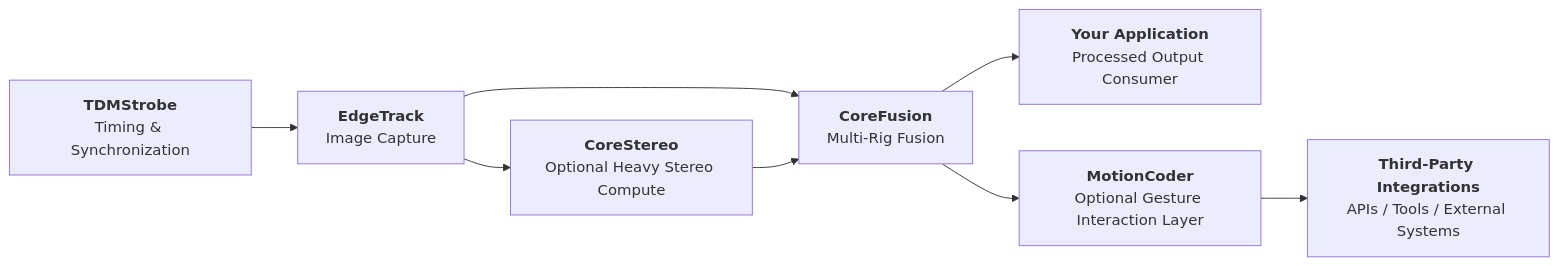
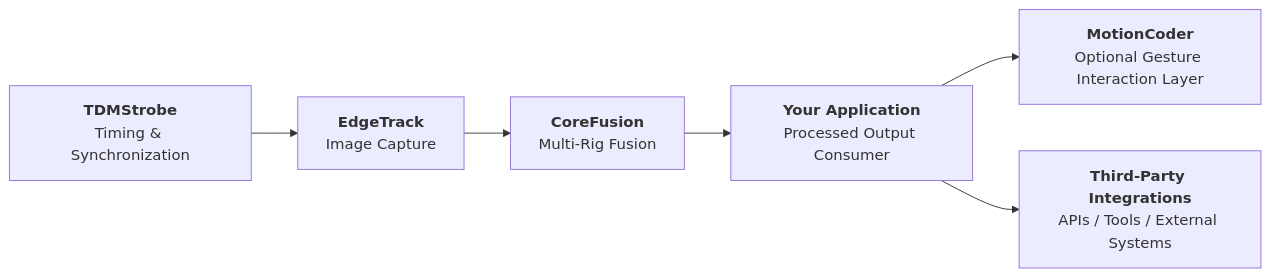
One commit to edgetrackorg/overview changed the first of 4 diagrams in README.md. Above: the diagram before and after it, drawn with Mermaid. The commit also changed other lines of this file, not shown here.

````diff
--- a/README.md
+++ b/README.md
@@ -50,18 +50,15 @@
 ```mermaid
 flowchart LR
     A[<strong>TDMStrobe</strong><br/>Timing & Synchronization]
     B[<strong>EdgeTrack</strong><br/>Image Capture]
-    C[<strong>CoreStereo</strong><br/>Optional Heavy Stereo Compute]
-    D[<strong>CoreFusion</strong><br/>Multi-Rig Fusion]
-    E[<strong>Your Application</strong><br/>Processed Output Consumer]
-    F[<strong>MotionCoder</strong><br/>Optional Gesture Interaction Layer]
-    G[<strong>Third-Party Integrations</strong><br/>APIs / Tools / External Systems]
+    C[<strong>CoreFusion</strong><br/>Multi-Rig Fusion]
+    D[<strong>Your Application</strong><br/>Processed Output Consumer]
+    E[<strong>MotionCoder</strong><br/>Optional Gesture Interaction Layer]
+    F[<strong>Third-Party Integrations</strong><br/>APIs / Tools / External Systems]
 
     A --> B
-    B --> D
     B --> C
     C --> D
     D --> E
     D --> F
-    F --> G
 ```
````
